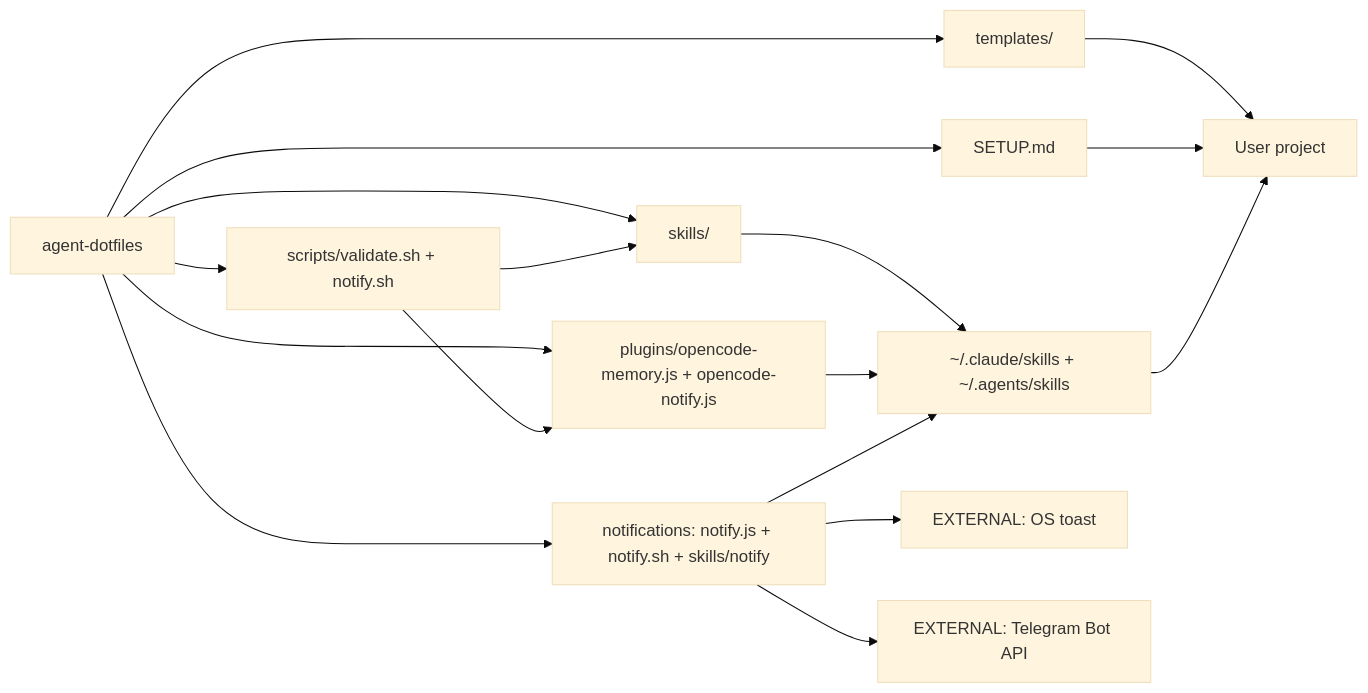
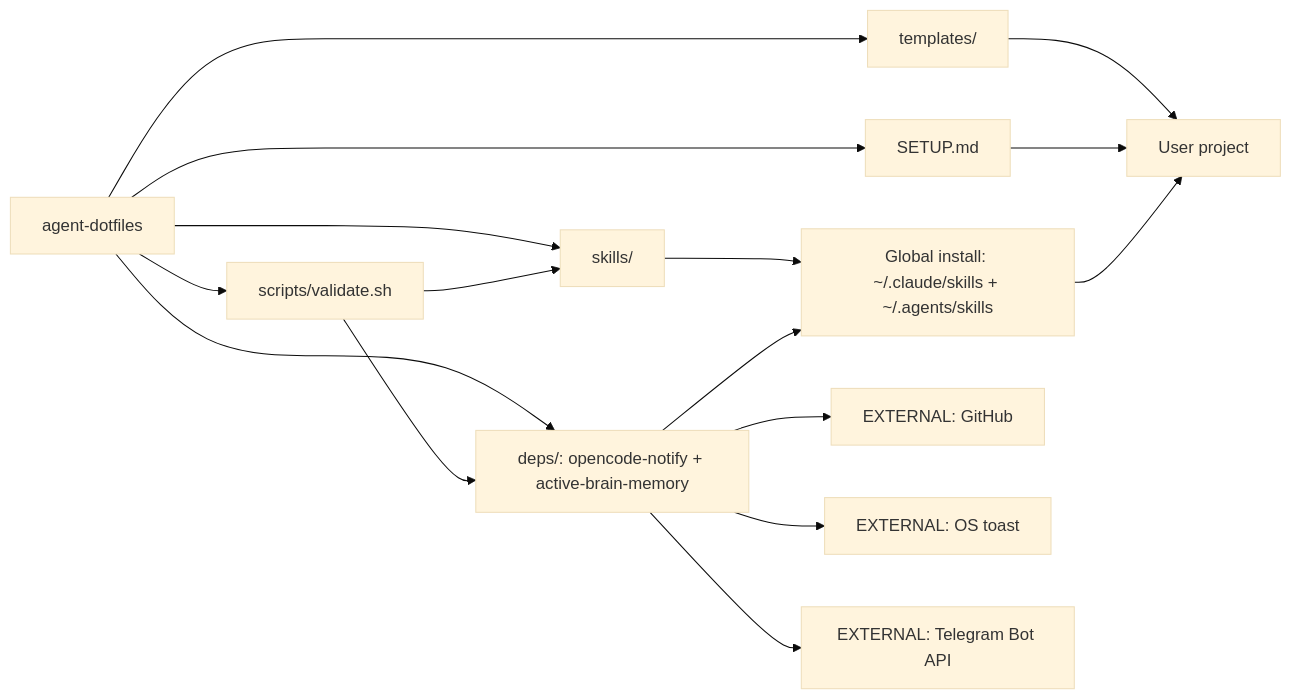
The diagram in architecture/flows.md (thenickz/agent-dotfiles), drawn with Mermaid (base theme) before and after one commit. The commit also changed other lines of this file and 12 other files, not shown here.

Commit message:
refactor: depend on notify and memory repos via git submodules

````diff
--- a/architecture/flows.md
+++ b/architecture/flows.md
@@ -54,19 +57,18 @@
 ```mermaid
 flowchart LR
     A[agent-dotfiles] --> A1[templates/]
     A --> A2[skills/]
-    A --> A3[scripts/validate.sh + notify.sh]
-    A --> A4[plugins/opencode-memory.js + opencode-notify.js]
+    A --> A3[scripts/validate.sh]
     A --> A5[SETUP.md]
-    A --> A6[notifications: notify.js + notify.sh + skills/notify]
+    A --> A7[deps/: opencode-notify + active-brain-memory]
     A3 --> A2
-    A3 --> A4
-    A2 --> B[~/.claude/skills + ~/.agents/skills]
-    A4 --> B
-    A6 --> B
-    A6 --> OS[EXTERNAL: OS toast]
-    A6 --> TG[EXTERNAL: Telegram Bot API]
+    A3 --> A7
+    A2 --> B[Global install: ~/.claude/skills + ~/.agents/skills]
+    A7 --> B
+    A7 --> GH[EXTERNAL: GitHub]
+    A7 --> OS[EXTERNAL: OS toast]
+    A7 --> TG[EXTERNAL: Telegram Bot API]
     A1 --> C[User project]
     A5 --> C
     B --> C
 ```
````
